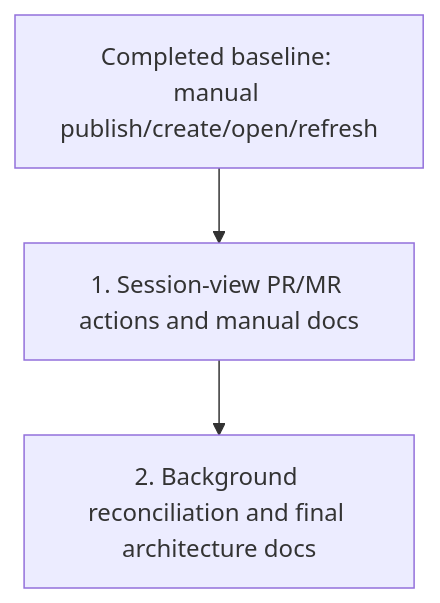
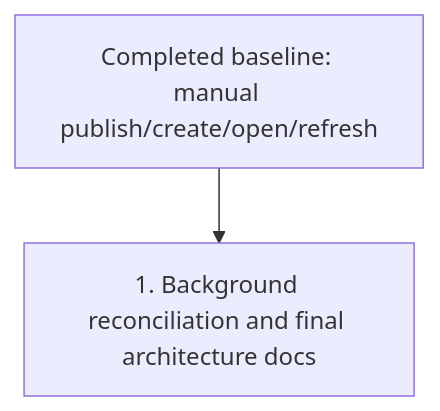
Before and after one commit to opencloudtool/agentty: the diagram in docs/plan/forge_review_request_support.md, drawn with Mermaid. The commit also changed other lines of this file and 4 other files, not shown here.

````diff
--- a/docs/plan/forge_review_request_support.md
+++ b/docs/plan/forge_review_request_support.md
@@ -78,5 +64,4 @@
 ```mermaid
 graph TD
-    B[Completed baseline: manual publish/create/open/refresh] --> P1[1. Session-view PR/MR actions and manual docs]
-    P1 --> P2[2. Background reconciliation and final architecture docs]
+    B[Completed baseline: manual publish/create/open/refresh] --> P1[1. Background reconciliation and final architecture docs]
 ```
````
